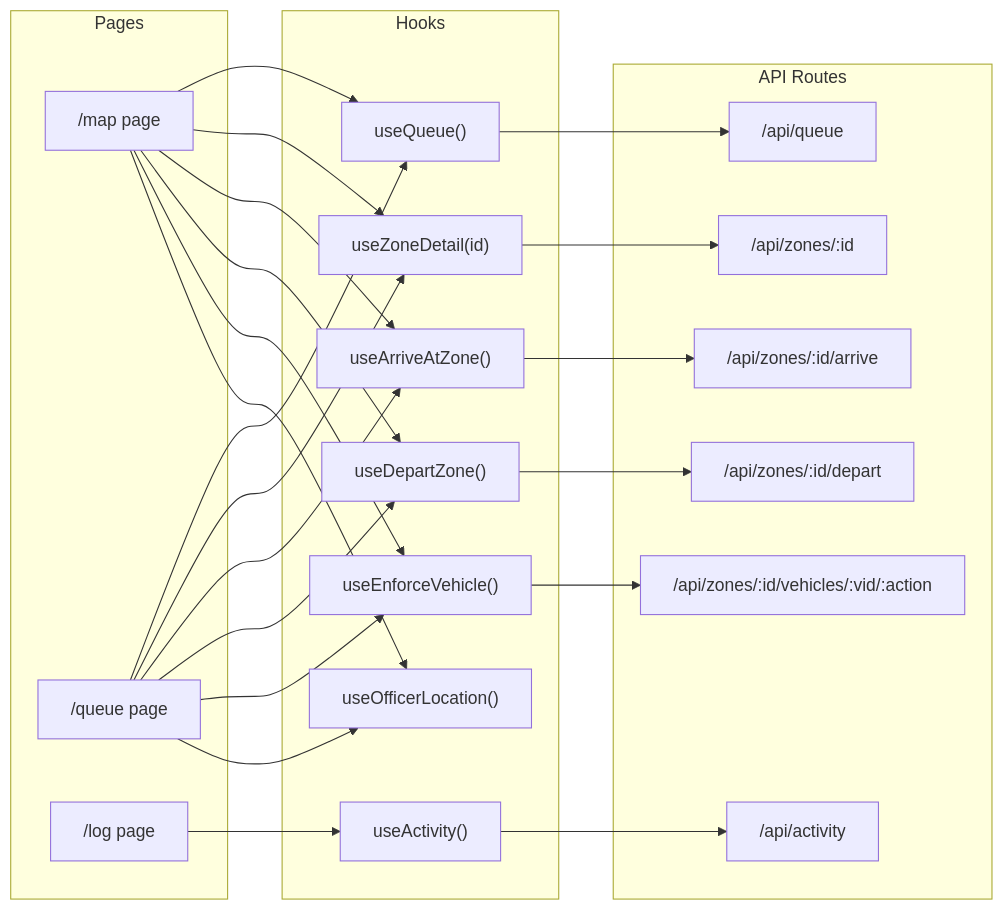
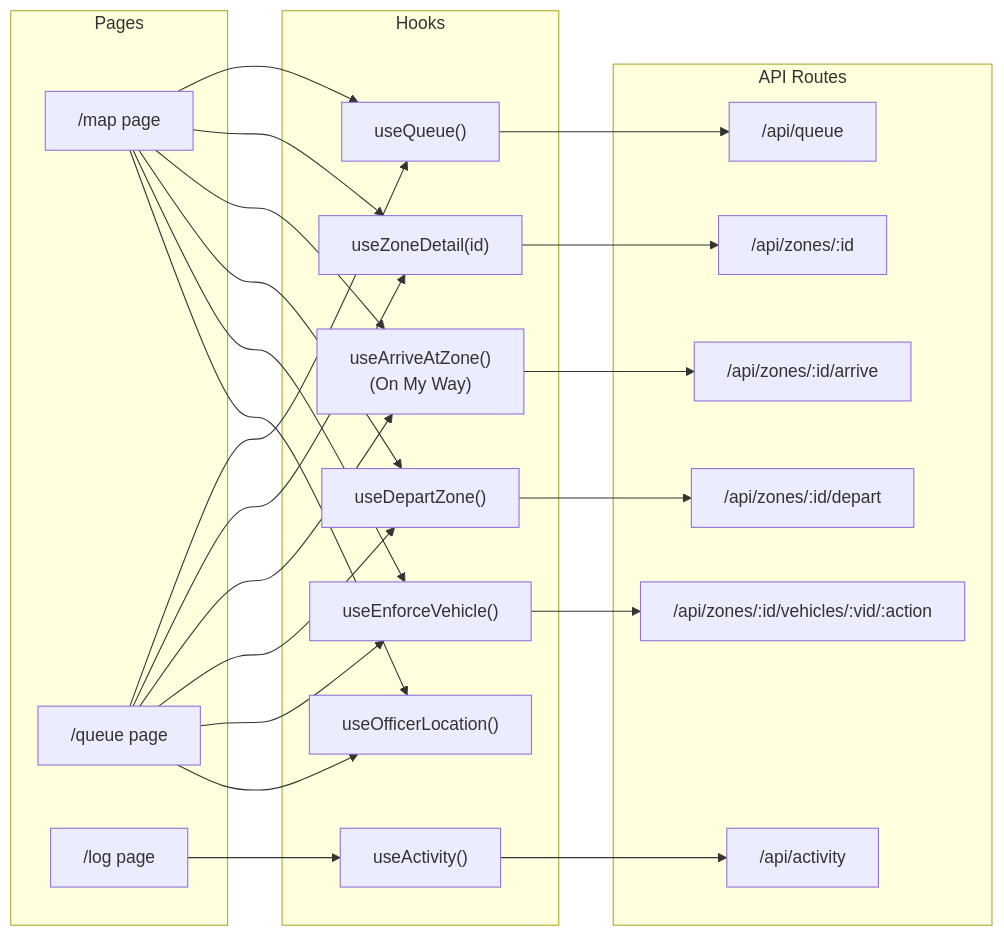
One commit to mrxinu/Automotus-Take-Home-Exercise changed the sixth of 9 diagrams in docs/mermaid.md. Above: the diagram before and after it, drawn with Mermaid. The commit also changed other lines of this file and 3 other files, not shown here.

````diff
--- a/docs/mermaid.md
+++ b/docs/mermaid.md
@@ -199,48 +199,48 @@
 ```mermaid
 graph LR
     subgraph Pages
         MAP["/map page"]
         QUEUE["/queue page"]
         LOG["/log page"]
     end
 
     subgraph Hooks
         UQ["useQueue()"]
         UZD["useZoneDetail(id)"]
         UA["useActivity()"]
-        UAR["useArriveAtZone()"]
+        UAR["useArriveAtZone()<br/>(On My Way)"]
         UDE["useDepartZone()"]
         UEN["useEnforceVehicle()"]
         UOL["useOfficerLocation()"]
     end
 
     subgraph "API Routes"
         AQ["/api/queue"]
         AZ["/api/zones/:id"]
         AA["/api/activity"]
         AAR["/api/zones/:id/arrive"]
         ADE["/api/zones/:id/depart"]
         AEN["/api/zones/:id/vehicles/:vid/:action"]
     end
 
     MAP --> UQ
     MAP --> UZD
     MAP --> UAR
     MAP --> UDE
     MAP --> UEN
     MAP --> UOL
     QUEUE --> UQ
     QUEUE --> UZD
     QUEUE --> UAR
     QUEUE --> UDE
     QUEUE --> UEN
     QUEUE --> UOL
     LOG --> UA
 
     UQ --> AQ
     UZD --> AZ
     UA --> AA
     UAR --> AAR
     UDE --> ADE
     UEN --> AEN
 ```
````
